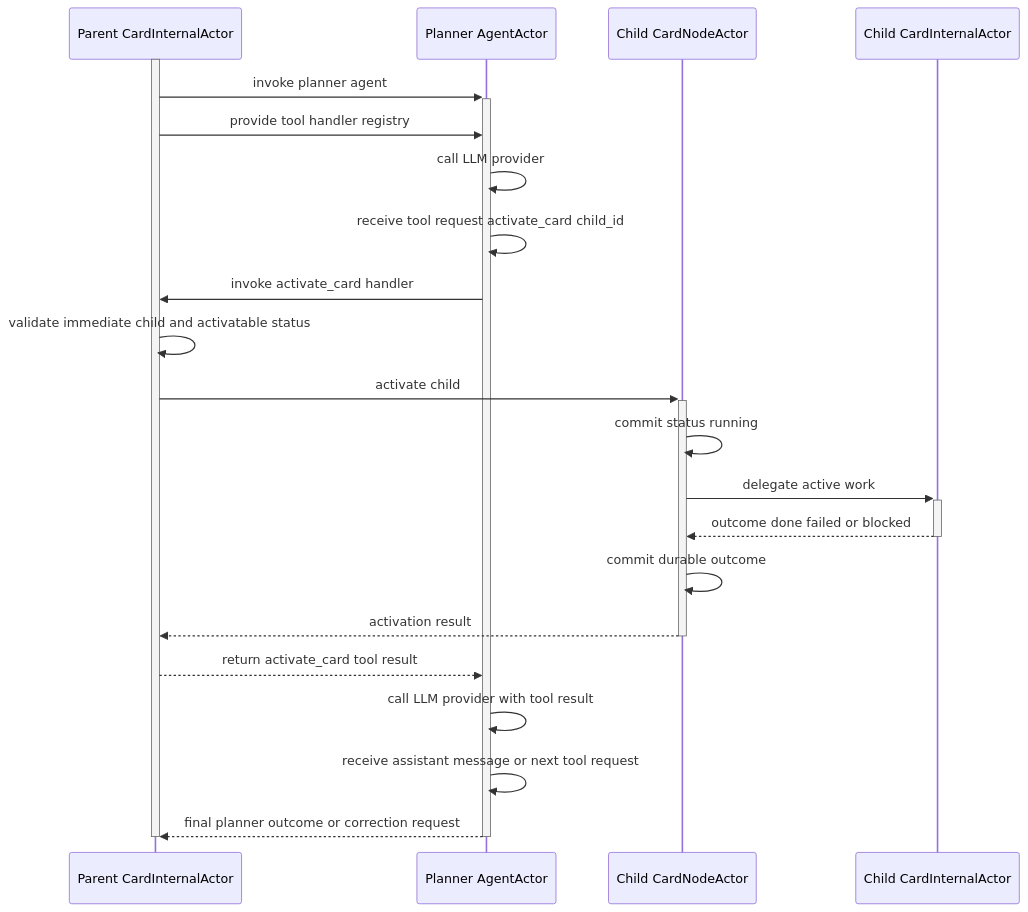
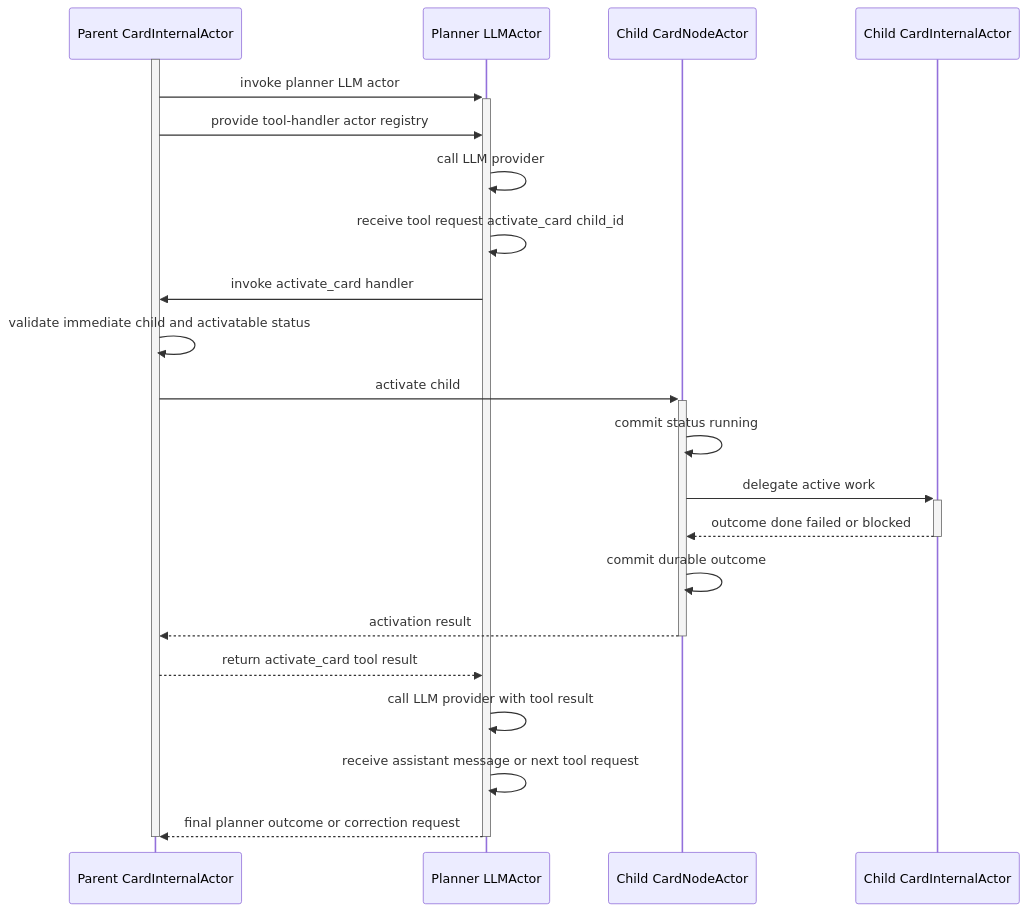
Before and after one commit to salva/saivage-v3: the second of 2 diagrams in docs/architecture/xstate-runtime-core.md, drawn with Mermaid. The commit also changed other lines of this file and 1 other file, not shown here.

Commit message:
docs: rename agent actors to LLM actors

````diff
--- a/docs/architecture/xstate-runtime-core.md
+++ b/docs/architecture/xstate-runtime-core.md
@@ -126,26 +126,26 @@
 ```mermaid
 sequenceDiagram
   participant ParentInternal as Parent CardInternalActor
-  participant PlannerAgent as Planner AgentActor
+  participant PlannerLlm as Planner LLMActor
   participant ChildNode as Child CardNodeActor
   participant ChildInternal as Child CardInternalActor
 
   activate ParentInternal
-  ParentInternal->>+PlannerAgent: invoke planner agent
-  ParentInternal->>PlannerAgent: provide tool handler registry
-  PlannerAgent->>PlannerAgent: call LLM provider
-  PlannerAgent->>PlannerAgent: receive tool request activate_card child_id
-  PlannerAgent->>ParentInternal: invoke activate_card handler
+  ParentInternal->>+PlannerLlm: invoke planner LLM actor
+  ParentInternal->>PlannerLlm: provide tool-handler actor registry
+  PlannerLlm->>PlannerLlm: call LLM provider
+  PlannerLlm->>PlannerLlm: receive tool request activate_card child_id
+  PlannerLlm->>ParentInternal: invoke activate_card handler
   ParentInternal->>ParentInternal: validate immediate child and activatable status
   ParentInternal->>+ChildNode: activate child
   ChildNode->>ChildNode: commit status running
   ChildNode->>+ChildInternal: delegate active work
   ChildInternal-->>-ChildNode: outcome done failed or blocked
   ChildNode->>ChildNode: commit durable outcome
   ChildNode-->>-ParentInternal: activation result
-  ParentInternal-->>PlannerAgent: return activate_card tool result
-  PlannerAgent->>PlannerAgent: call LLM provider with tool result
-  PlannerAgent->>PlannerAgent: receive assistant message or next tool request
-  PlannerAgent-->>-ParentInternal: final planner outcome or correction request
+  ParentInternal-->>PlannerLlm: return activate_card tool result
+  PlannerLlm->>PlannerLlm: call LLM provider with tool result
+  PlannerLlm->>PlannerLlm: receive assistant message or next tool request
+  PlannerLlm-->>-ParentInternal: final planner outcome or correction request
   deactivate ParentInternal
 ```
````
